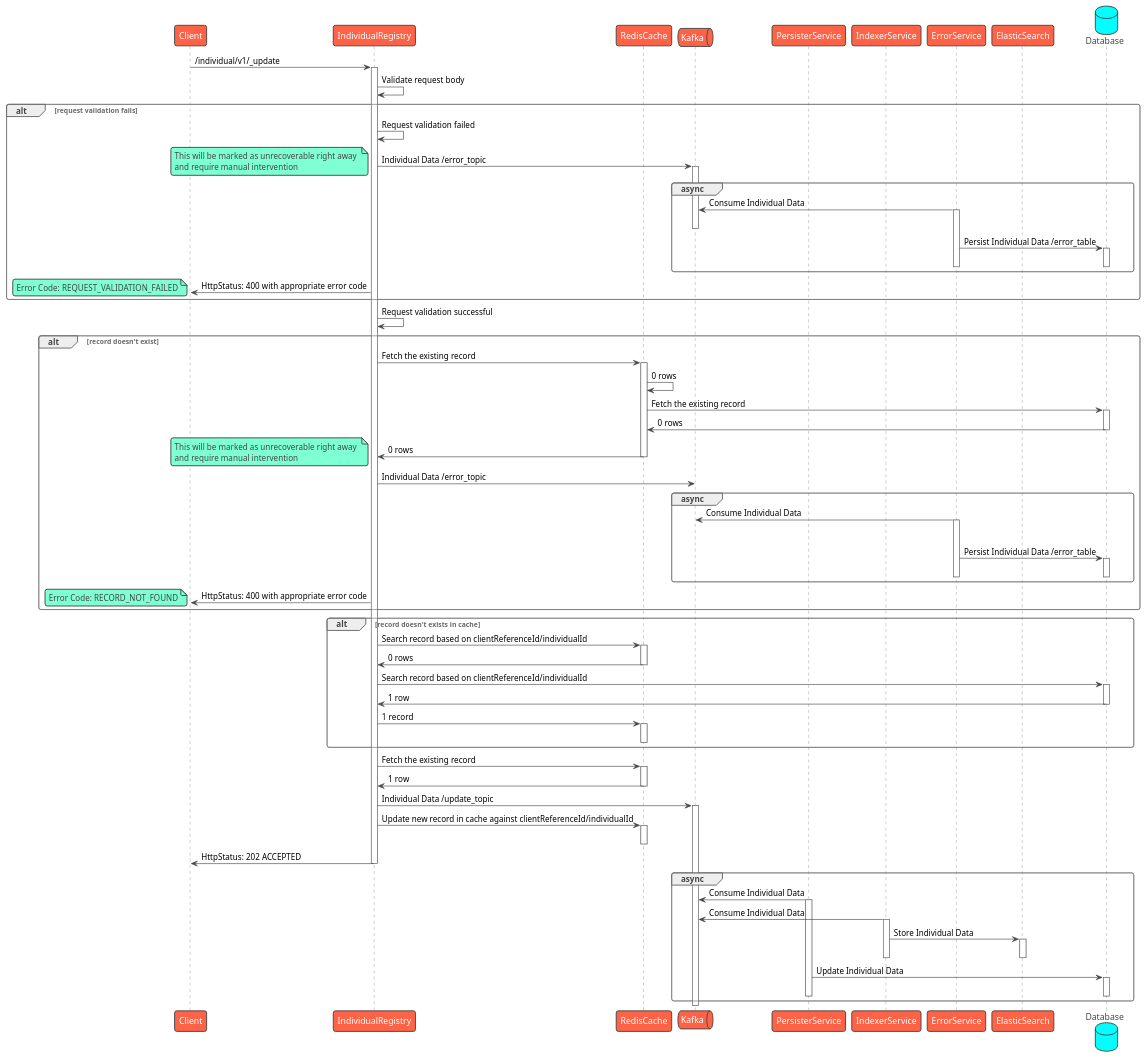
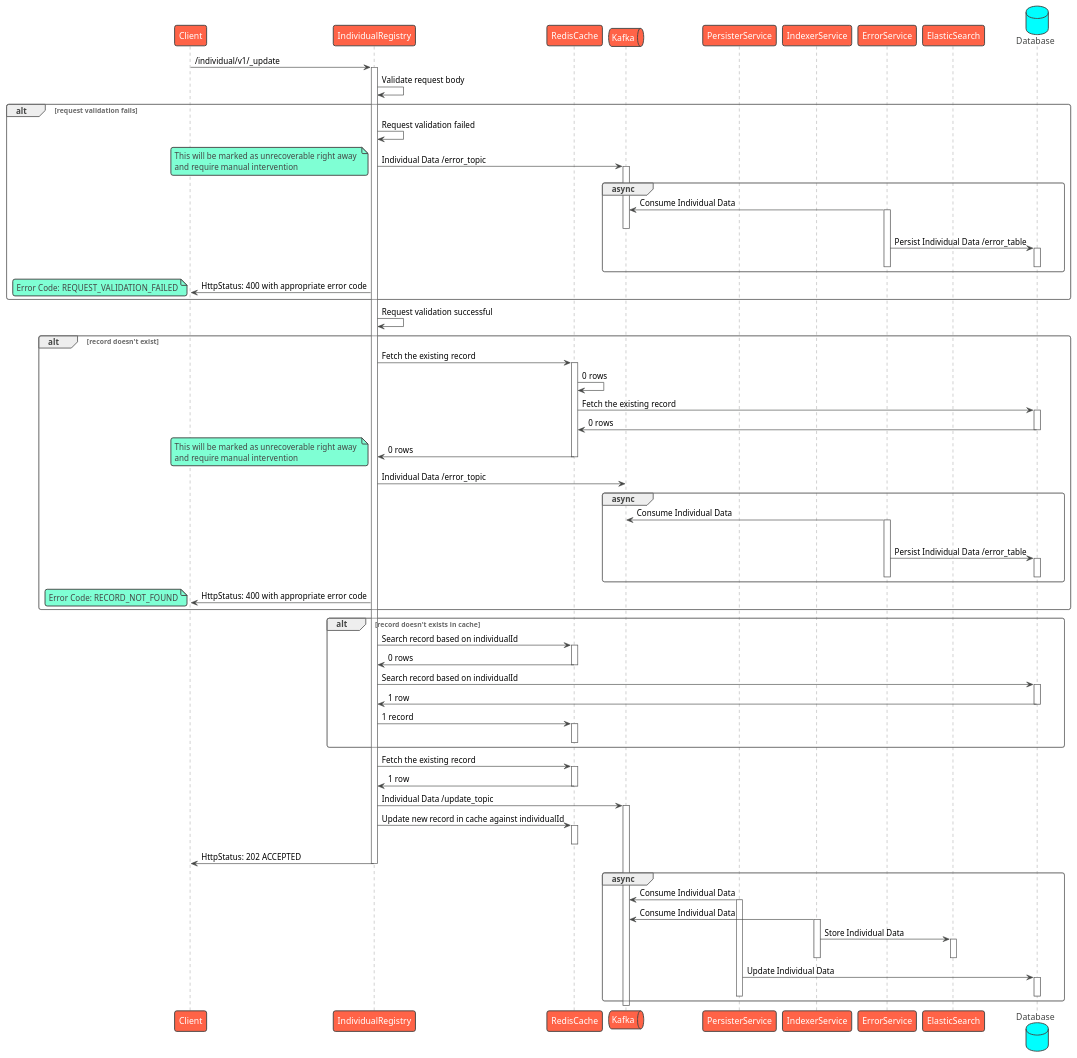
One commit to egovernments/health-api-specs changed the diagram in contracts/registries/individual/sequence/update.puml. Above: the diagram before and after it, drawn with PlantUML. The commit also changed 5 other files, not shown here.

First line of the commit message:
Sequence: Removed clientReferenceId

```diff
--- a/contracts/registries/individual/sequence/update.puml
+++ b/contracts/registries/individual/sequence/update.puml
@@ -1,111 +1,111 @@
 @startuml Individual Registry - Update
 !theme vibrant
 participant Client as c
 participant IndividualRegistry as ir
 participant RedisCache as rc
 queue Kafka as k
 participant PersisterService as prs
 participant IndexerService as idx
 participant ErrorService as es
 participant ElasticSearch as el
 database Database as db
 c -> ir : /individual/v1/_update
 activate ir
 ir -> ir: Validate request body
 alt request validation fails
     ir -> ir: Request validation failed
     ir -> k: Individual Data /error_topic
     note left
         This will be marked as unrecoverable right away 
         and require manual intervention
     end note
     activate k
     group async
         es -> k: Consume Individual Data
         activate es
         deactivate k
         es -> db: Persist Individual Data /error_table
         activate db
         deactivate db
         deactivate es
     end
     ir -> c: HttpStatus: 400 with appropriate error code
     note left
       Error Code: REQUEST_VALIDATION_FAILED
     end note
 end
 ir -> ir: Request validation successful
 alt record doesn't exist
     ir -> rc: Fetch the existing record
     activate rc
     rc -> rc: 0 rows
     rc -> db: Fetch the existing record
     activate db
     db -> rc: 0 rows
     deactivate db
     rc -> ir: 0 rows
     deactivate rc
     note left
         This will be marked as unrecoverable right away 
         and require manual intervention
     end note
     ir -> k: Individual Data /error_topic
     group async
         es -> k: Consume Individual Data
         activate es
         deactivate k
         es -> db: Persist Individual Data /error_table
         activate db
         deactivate db
         deactivate es
     end
     ir -> c: HttpStatus: 400 with appropriate error code
     note left
       Error Code: RECORD_NOT_FOUND
     end note
 end
 alt record doesn't exists in cache
-    ir -> rc: Search record based on clientReferenceId/individualId
+    ir -> rc: Search record based on individualId
     activate rc
     rc -> ir: 0 rows
     deactivate rc
-    ir -> db: Search record based on clientReferenceId/individualId
+    ir -> db: Search record based on individualId
     activate db
     db -> ir: 1 row
     deactivate db
     ir -> rc: 1 record
     activate rc
     deactivate rc
 end
 ir -> rc: Fetch the existing record
 activate rc
 rc -> ir: 1 row
 deactivate rc
 'ir -> ir: Check if the new record is not equal to existing record
 'alt new record equals existing record
 '    ir -> ir: New record equals existing record
 '    ir -> c: HttpStatus: 202 ACCEPTED with appropriate response code
 'end
 ir -> k: Individual Data /update_topic
 activate k
-ir -> rc: Update new record in cache against clientReferenceId/individualId
+ir -> rc: Update new record in cache against individualId
 activate rc
 deactivate rc
 ir -> c: HttpStatus: 202 ACCEPTED
 deactivate ir
 group async
     prs -> k: Consume Individual Data
     activate prs
     idx -> k: Consume Individual Data
     activate idx
     idx -> el: Store Individual Data
     activate el
     deactivate el
     deactivate idx
     prs -> db: Update Individual Data
     activate db
     deactivate db
     deactivate prs
 end
 deactivate k
 @enduml
```
